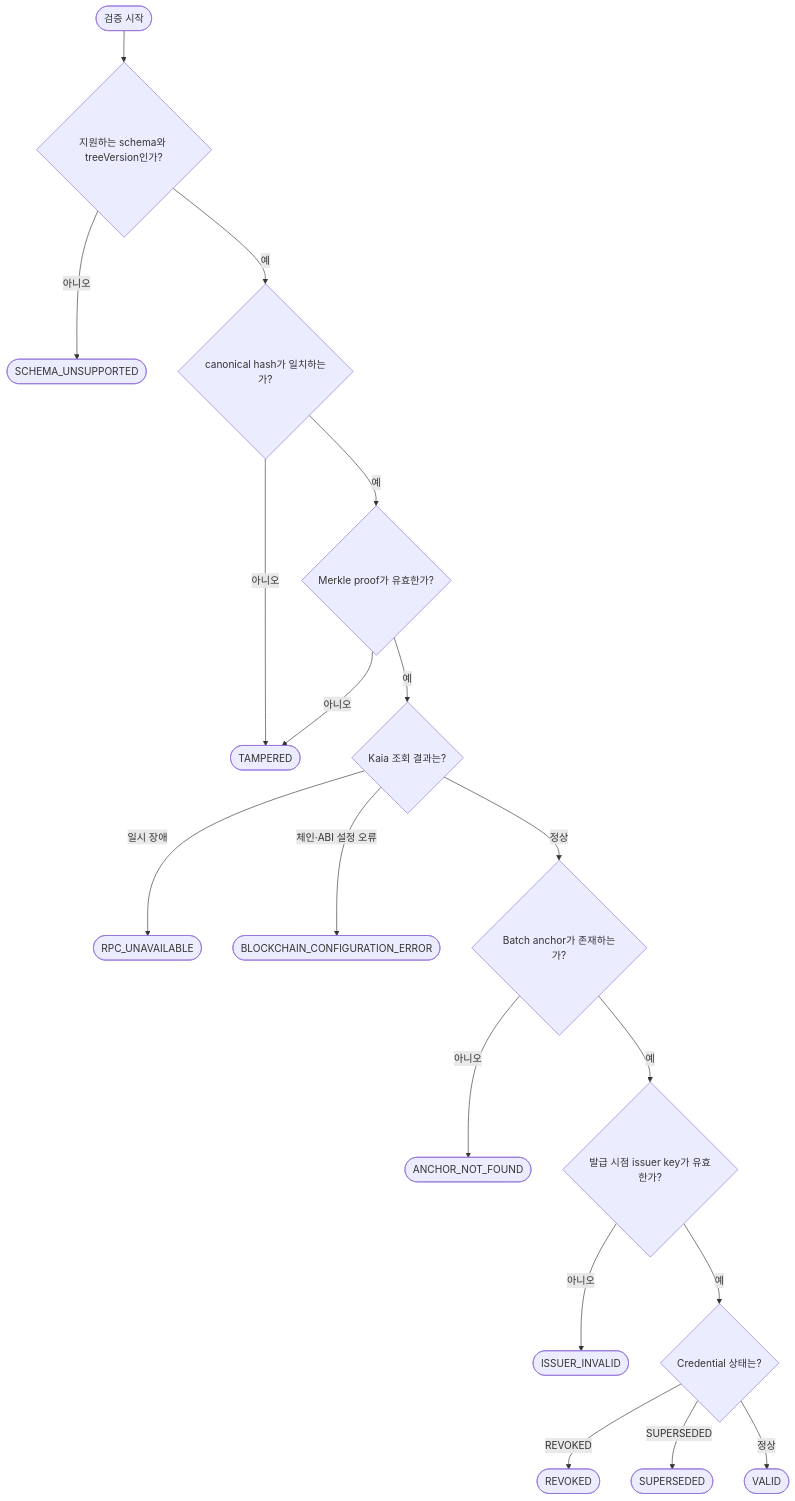
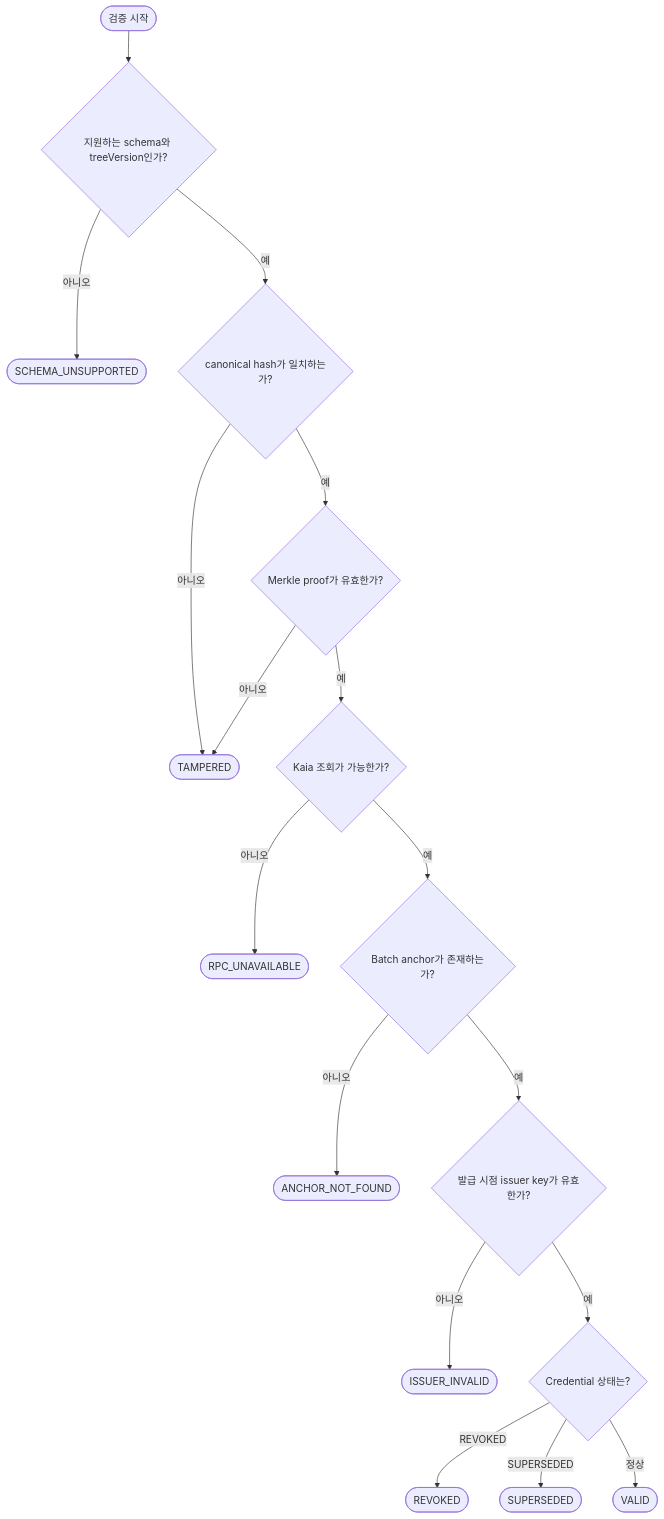
One commit to Tok-Baro/Trekkey_BackEnd changed diagram 14 of 22 in docs/architecture-diagrams.md. Above: the diagram before and after it, drawn with Mermaid. The commit also changed other lines of this file and 408 other files, not shown here.

````diff
--- a/docs/architecture-diagrams.md
+++ b/docs/architecture-diagrams.md
@@ -436,20 +426,19 @@
 ```mermaid
 flowchart TD
     start(["검증 시작"]) --> schema{"지원하는 schema와 treeVersion인가?"}
     schema -->|"아니오"| unsupported(["SCHEMA_UNSUPPORTED"])
     schema -->|"예"| hashes{"canonical hash가 일치하는가?"}
     hashes -->|"아니오"| tampered(["TAMPERED"])
     hashes -->|"예"| proof{"Merkle proof가 유효한가?"}
     proof -->|"아니오"| tampered
-    proof -->|"예"| rpc{"Kaia 조회 결과는?"}
-    rpc -->|"일시 장애"| unavailable(["RPC_UNAVAILABLE"])
-    rpc -->|"체인·ABI 설정 오류"| configError(["BLOCKCHAIN_CONFIGURATION_ERROR"])
-    rpc -->|"정상"| anchor{"Batch anchor가 존재하는가?"}
+    proof -->|"예"| rpc{"Kaia 조회가 가능한가?"}
+    rpc -->|"아니오"| unavailable(["RPC_UNAVAILABLE"])
+    rpc -->|"예"| anchor{"Batch anchor가 존재하는가?"}
     anchor -->|"아니오"| anchorMissing(["ANCHOR_NOT_FOUND"])
     anchor -->|"예"| issuer{"발급 시점 issuer key가 유효한가?"}
     issuer -->|"아니오"| issuerInvalid(["ISSUER_INVALID"])
     issuer -->|"예"| credentialStatus{"Credential 상태는?"}
     credentialStatus -->|"REVOKED"| revoked(["REVOKED"])
     credentialStatus -->|"SUPERSEDED"| superseded(["SUPERSEDED"])
     credentialStatus -->|"정상"| valid(["VALID"])
 ```
````
